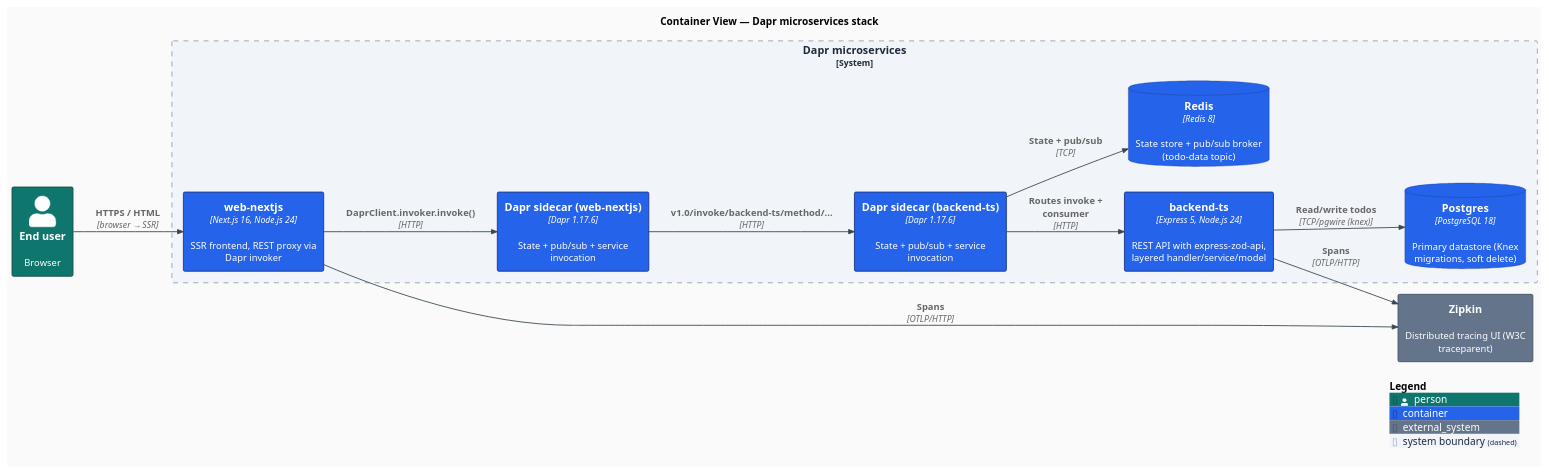
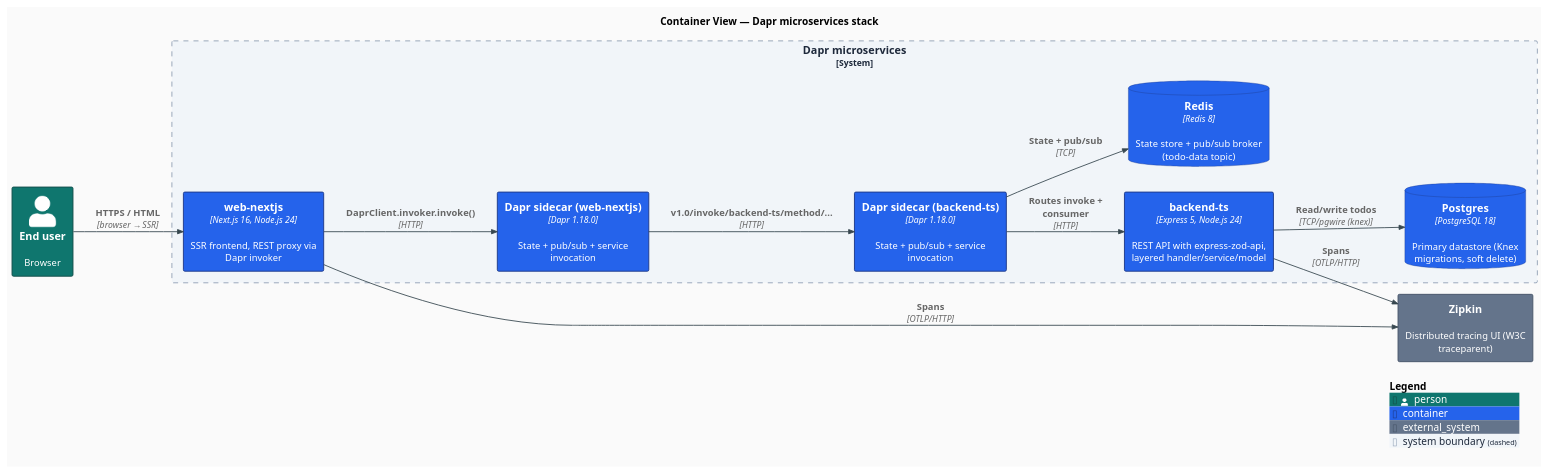
The diagram in docs/diagrams/c4-container.puml (AndriyKalashnykov/dapr-nodejs-nextjs), drawn with PlantUML before and after one commit. The commit also changed 18 other files, not shown here.

```diff
--- a/docs/diagrams/c4-container.puml
+++ b/docs/diagrams/c4-container.puml
@@ -1,50 +1,50 @@
 @startuml c4-container
 !include https://raw.githubusercontent.com/plantuml-stdlib/C4-PlantUML/v2.11.0/C4_Container.puml
 
 ' Landscape layout: C4-PlantUML defaults to top-down, which stacks this multi-service
 ' view into a tall portrait tower. Left-to-right renders wider and shorter — embeds
 ' better on a wide README and keeps the rendered height reasonable at the capped width.
 LAYOUT_LEFT_RIGHT()
 
 ' Modern flat styling: no shadows, sharper corners, clean sans-serif, modern palette.
 skinparam backgroundColor #FAFAFA
 skinparam shadowing false
 skinparam roundCorner 4
 skinparam defaultFontName "Inter, Helvetica, Arial, sans-serif"
 skinparam defaultFontSize 13
 skinparam ArrowColor #37474F
 skinparam ArrowThickness 1.2
 skinparam rectangleBorderThickness 1.3
 
 UpdateElementStyle("person",          $fontColor="#FFFFFF", $bgColor="#0F766E", $borderColor="#134E4A")
 UpdateElementStyle("container",       $fontColor="#FFFFFF", $bgColor="#2563EB", $borderColor="#1E3A8A")
 UpdateElementStyle("container_db",    $fontColor="#FFFFFF", $bgColor="#7C3AED", $borderColor="#4C1D95")
 UpdateElementStyle("external_system", $fontColor="#FFFFFF", $bgColor="#64748B", $borderColor="#475569")
 UpdateBoundaryStyle($bgColor="#F1F5F9", $borderColor="#94A3B8", $fontColor="#1E293B")
 
 title Container View — Dapr microservices stack
 
 Person(user, "End user", "Browser")
 
 System_Boundary(sys, "Dapr microservices") {
   Container(nextjs, "web-nextjs", "Next.js 16, Node.js 24", "SSR frontend, REST proxy via Dapr invoker")
-  Container(nextjs_dapr, "Dapr sidecar (web-nextjs)", "Dapr 1.17.6", "State + pub/sub + service invocation")
+  Container(nextjs_dapr, "Dapr sidecar (web-nextjs)", "Dapr 1.18.0", "State + pub/sub + service invocation")
   Container(backend, "backend-ts", "Express 5, Node.js 24", "REST API with express-zod-api, layered handler/service/model")
-  Container(backend_dapr, "Dapr sidecar (backend-ts)", "Dapr 1.17.6", "State + pub/sub + service invocation")
+  Container(backend_dapr, "Dapr sidecar (backend-ts)", "Dapr 1.18.0", "State + pub/sub + service invocation")
   ContainerDb(postgres, "Postgres", "PostgreSQL 18", "Primary datastore (Knex migrations, soft delete)")
   ContainerDb(redis, "Redis", "Redis 8", "State store + pub/sub broker (todo-data topic)")
 }
 
 System_Ext(zipkin, "Zipkin", "Distributed tracing UI (W3C traceparent)")
 
 Rel(user, nextjs, "HTTPS / HTML", "browser → SSR")
 Rel(nextjs, nextjs_dapr, "DaprClient.invoker.invoke()", "HTTP")
 Rel(nextjs_dapr, backend_dapr, "v1.0/invoke/backend-ts/method/...", "HTTP")
 Rel(backend_dapr, backend, "Routes invoke + consumer", "HTTP")
 Rel(backend, postgres, "Read/write todos", "TCP/pgwire (knex)")
 Rel(backend_dapr, redis, "State + pub/sub", "TCP")
 Rel(nextjs, zipkin, "Spans", "OTLP/HTTP")
 Rel(backend, zipkin, "Spans", "OTLP/HTTP")
 
 SHOW_LEGEND()
 @enduml
```
